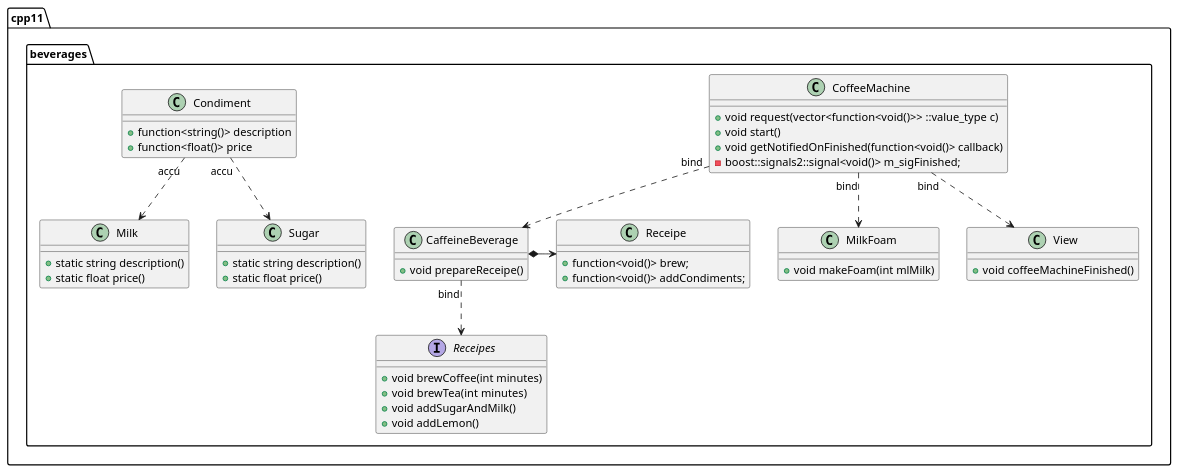
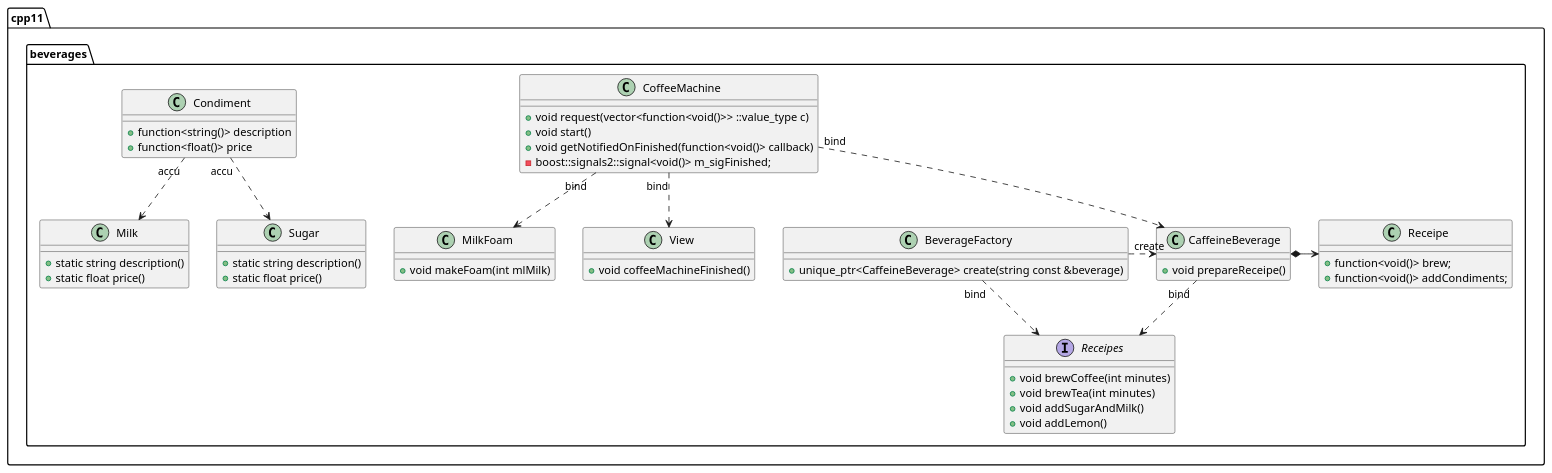
Before and after one commit to jiaqiwang969/Effective-Gof-Patterns: the diagram in patterns_cpp11.cpp.wsd, drawn with PlantUML. The commit also changed 6 other files, not shown here.

```diff
--- a/patterns_cpp11.cpp.wsd
+++ b/patterns_cpp11.cpp.wsd
@@ -1,68 +1,78 @@
 @startuml
 set namespaceSeparator ::
 
 class cpp11::beverages::CaffeineBeverage {
 + void prepareReceipe()
 }
 
 class cpp11::beverages::CoffeeMachine {
 + void request(vector<function<void()>> ::value_type c)
 + void start()
 + void getNotifiedOnFinished(function<void()> callback)
 - boost::signals2::signal<void()> m_sigFinished;
 }
 
 class cpp11::beverages::Condiment {
 + function<string()> description
 + function<float()> price
 }
 
 class cpp11::beverages::Milk {
 + static string description()
 + static float price()
 }
 
 class cpp11::beverages::Sugar {
 + static string description()
 + static float price()
 }
 
 
 class cpp11::beverages::MilkFoam {
 + void makeFoam(int mlMilk)
 }
 
 class cpp11::beverages::Receipe {
 + function<void()> brew;
 + function<void()> addCondiments;
 }
 
 interface cpp11::beverages::Receipes {
 + void brewCoffee(int minutes)
 + void brewTea(int minutes)
 + void addSugarAndMilk()
 + void addLemon()
 }
 
 
 class cpp11::beverages::View
 {
 + void coffeeMachineFinished()
 }
 
+class cpp11::beverages::BeverageFactory
+{
++ unique_ptr<CaffeineBeverage> create(string const &beverage)
+
+}
+
+cpp11::beverages::BeverageFactory "create".right.> cpp11::beverages::CaffeineBeverage
+
+cpp11::beverages::BeverageFactory "bind".right.> cpp11::beverages::Receipes
+
 cpp11::beverages::CaffeineBeverage *-right-> cpp11::beverages::Receipe
 
 cpp11::beverages::CoffeeMachine "bind"..> cpp11::beverages::CaffeineBeverage
 
 cpp11::beverages::CaffeineBeverage "bind"..> cpp11::beverages::Receipes
 
 
 cpp11::beverages::CoffeeMachine "bind"..> cpp11::beverages::MilkFoam
 
 cpp11::beverages::CoffeeMachine "bind"..> cpp11::beverages::View
 
 cpp11::beverages::Condiment "accu"..>  cpp11::beverages::Milk
 cpp11::beverages::Condiment "accu"..>  cpp11::beverages::Sugar
 
 
 @enduml
```
